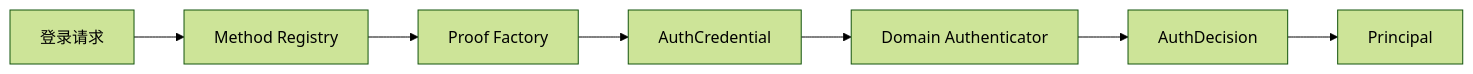
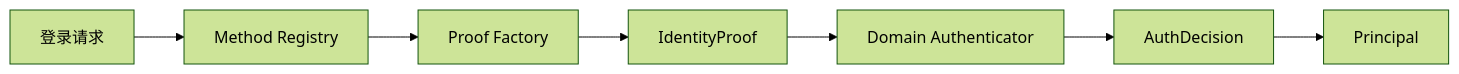
Before and after one commit to FangcunMount/iam-contracts: the second of 2 diagrams in docs/02-业务模块/02-AuthN/01-领域模型与认证策略.md, drawn with Mermaid (forest theme). The commit also changed other lines of this file and 33 other files, not shown here.

````diff
--- a/docs/02-业务模块/02-AuthN/01-领域模型与认证策略.md
+++ b/docs/02-业务模块/02-AuthN/01-领域模型与认证策略.md
@@ -183,9 +183,9 @@
 ```mermaid
 flowchart LR
     Request["登录请求"] --> Selector["Method Registry"]
     Selector --> Factory["Proof Factory"]
-    Factory --> Credential["AuthCredential"]
+    Factory --> Credential["IdentityProof"]
     Credential --> Authenticator["Domain Authenticator"]
     Authenticator --> Decision["AuthDecision"]
     Decision --> Principal["Principal"]
 ```
````
